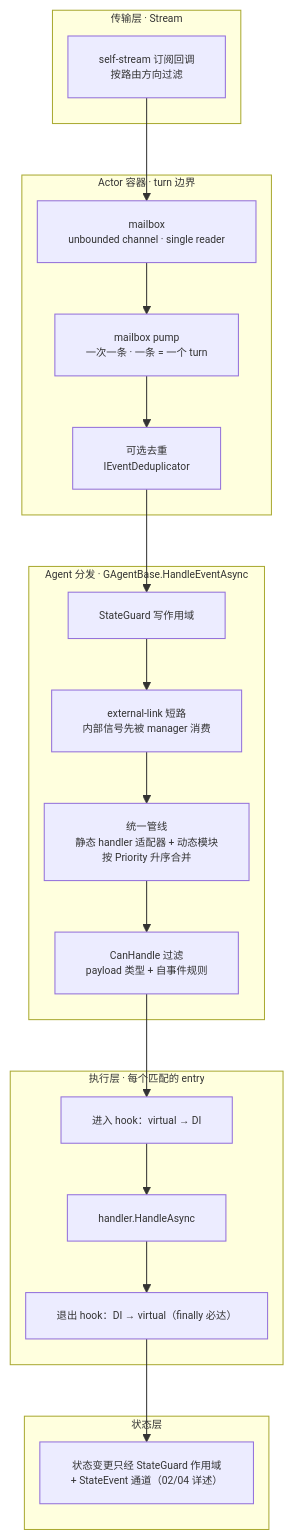
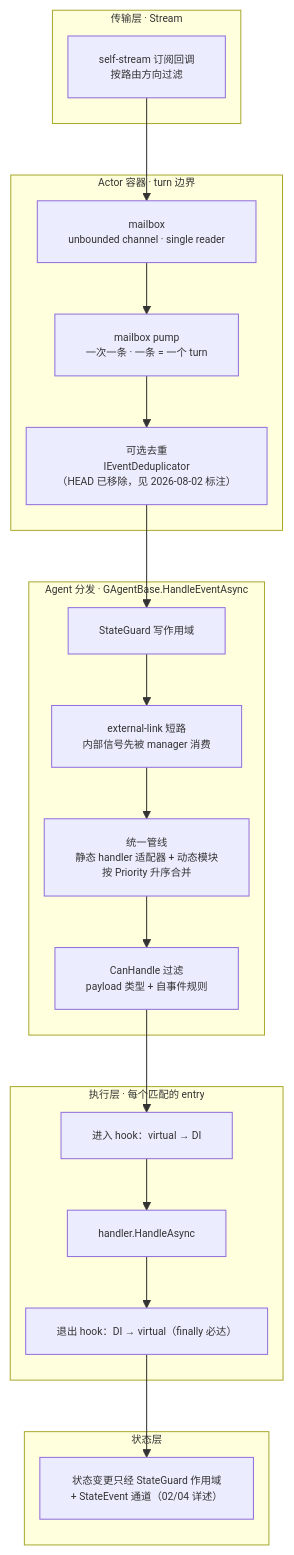
Before and after one commit to eanzhao-os/aevatar-review: the first of 2 diagrams in 02/03-gagent-event-pipeline.md, drawn with Mermaid. The commit also changed other lines of this file and 4 other files, not shown here.

First line of the commit message:
docs: register HEAD drift for removed dedup and tool-admission middleware

````diff
--- a/02/03-gagent-event-pipeline.md
+++ b/02/03-gagent-event-pipeline.md
@@ -30,27 +30,27 @@
 ```mermaid
 %%{init: {"maxTextSize": 100000, "flowchart": {"useMaxWidth": false, "nodeSpacing": 10, "rankSpacing": 50}, "themeVariables": {"fontSize": "10px"}}}%%
 flowchart TB
     subgraph L1["传输层 · Stream"]
         SUB["self-stream 订阅回调<br/>按路由方向过滤"]
     end
     subgraph L2["Actor 容器 · turn 边界"]
         MB["mailbox<br/>unbounded channel · single reader"]
         PUMP["mailbox pump<br/>一次一条 · 一条 = 一个 turn"]
-        DEDUP["可选去重<br/>IEventDeduplicator"]
+        DEDUP["可选去重<br/>IEventDeduplicator<br/>（HEAD 已移除，见 2026-08-02 标注）"]
     end
     subgraph L3["Agent 分发 · GAgentBase.HandleEventAsync"]
         SG["StateGuard 写作用域"]
         EXT["external-link 短路<br/>内部信号先被 manager 消费"]
         PIPE["统一管线<br/>静态 handler 适配器 + 动态模块<br/>按 Priority 升序合并"]
         GATE["CanHandle 过滤<br/>payload 类型 + 自事件规则"]
     end
     subgraph L4["执行层 · 每个匹配的 entry"]
         HK1["进入 hook：virtual → DI"]
         HND["handler.HandleAsync"]
         HK2["退出 hook：DI → virtual（finally 必达）"]
     end
     subgraph L5["状态层"]
         SE["状态变更只经 StateGuard 作用域<br/>+ StateEvent 通道（02/04 详述）"]
     end
     SUB --> MB --> PUMP --> DEDUP --> SG --> EXT --> PIPE --> GATE --> HK1 --> HND --> HK2 --> SE
 ```
````
